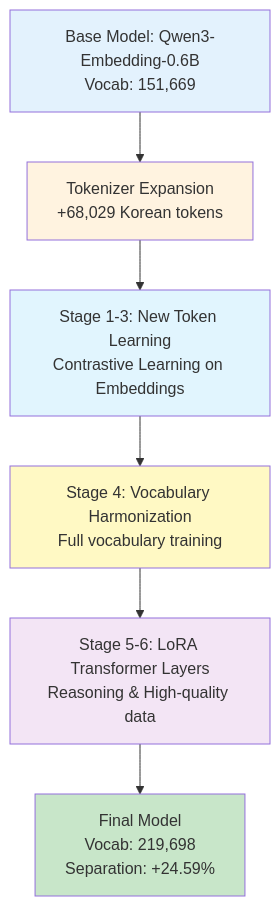
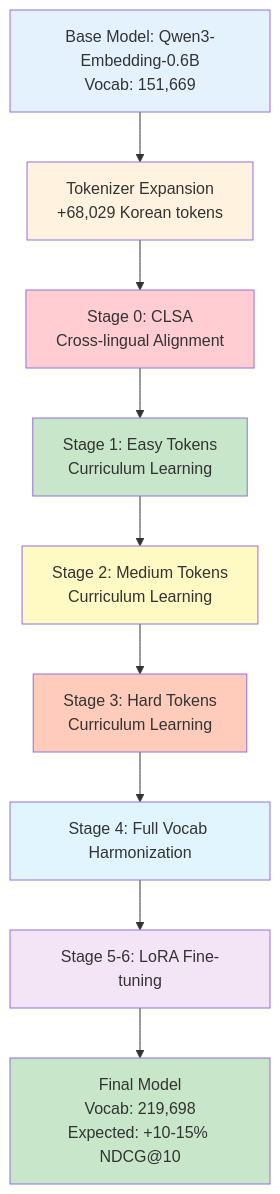
The diagram in README.md (gihong0303/KoQwen-Embedding), drawn with Mermaid before and after one commit. The commit also changed other lines of this file and 14 other files, not shown here.

````diff
--- a/README.md
+++ b/README.md
@@ -40,15 +77,21 @@
 ```mermaid
 graph TD
     A[Base Model: Qwen3-Embedding-0.6B<br/>Vocab: 151,669] --> B[Tokenizer Expansion<br/>+68,029 Korean tokens]
-    B --> C[Stage 1-3: New Token Learning<br/>Contrastive Learning on Embeddings]
-    C --> D[Stage 4: Vocabulary Harmonization<br/>Full vocabulary training]
-    D --> E[Stage 5-6: LoRA Transformer Layers<br/>Reasoning & High-quality data]
-    E --> F[Final Model<br/>Vocab: 219,698<br/>Separation: +24.59%]
+    B --> C[Stage 0: CLSA<br/>Cross-lingual Alignment]
+    C --> D[Stage 1: Easy Tokens<br/>Curriculum Learning]
+    D --> E[Stage 2: Medium Tokens<br/>Curriculum Learning]
+    E --> F[Stage 3: Hard Tokens<br/>Curriculum Learning]
+    F --> G[Stage 4: Full Vocab Harmonization]
+    G --> H[Stage 5-6: LoRA Fine-tuning]
+    H --> I[Final Model<br/>Vocab: 219,698<br/>Expected: +10-15% NDCG@10]
 
     style A fill:#e3f2fd
     style B fill:#fff3e0
-    style C fill:#e1f5fe
-    style D fill:#fff9c4
-    style E fill:#f3e5f5
-    style F fill:#c8e6c9
+    style C fill:#ffcdd2
+    style D fill:#c8e6c9
+    style E fill:#fff9c4
+    style F fill:#ffccbc
+    style G fill:#e1f5fe
+    style H fill:#f3e5f5
+    style I fill:#c8e6c9
 ```
````
